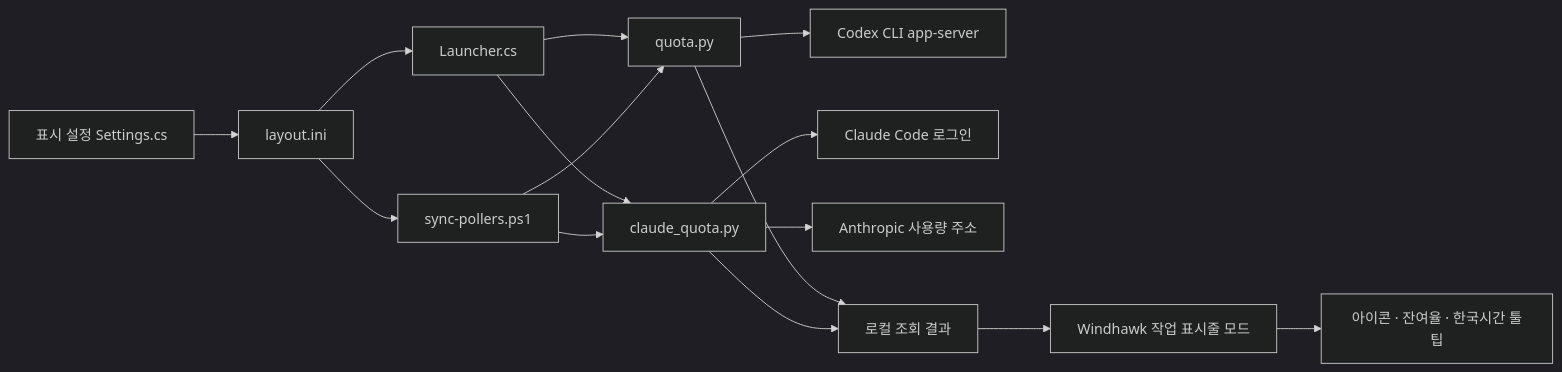
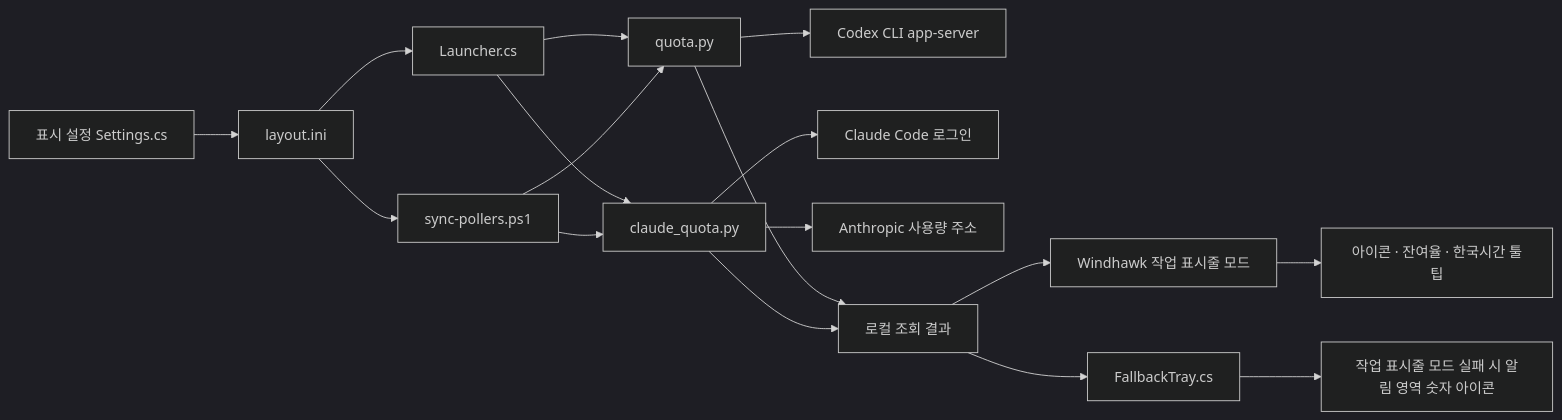
Before and after one commit to kjhbond/claude-gpt-usage-tray: the diagram in docs/ARCHITECTURE.md, drawn with Mermaid (dark theme). The commit also changed other lines of this file and 14 other files, not shown here.

````diff
--- a/docs/ARCHITECTURE.md
+++ b/docs/ARCHITECTURE.md
@@ -5,17 +5,19 @@
 ```mermaid
 flowchart LR
     UI[표시 설정 Settings.cs] --> INI[layout.ini]
     INI --> LAUNCH[Launcher.cs]
     INI --> SYNC[sync-pollers.ps1]
     LAUNCH --> CP[quota.py]
     LAUNCH --> AP[claude_quota.py]
     SYNC --> CP
     SYNC --> AP
     CP --> CS[Codex CLI app-server]
     AP --> CC[Claude Code 로그인]
     AP --> AN[Anthropic 사용량 주소]
     CP --> STATE[로컬 조회 결과]
     AP --> STATE
     STATE --> MOD[Windhawk 작업 표시줄 모드]
     MOD --> BAR[아이콘 · 잔여율 · 한국시간 툴팁]
+    STATE --> FALLBACK[FallbackTray.cs]
+    FALLBACK --> TRAY[작업 표시줄 모드 실패 시 알림 영역 숫자 아이콘]
 ```
````
